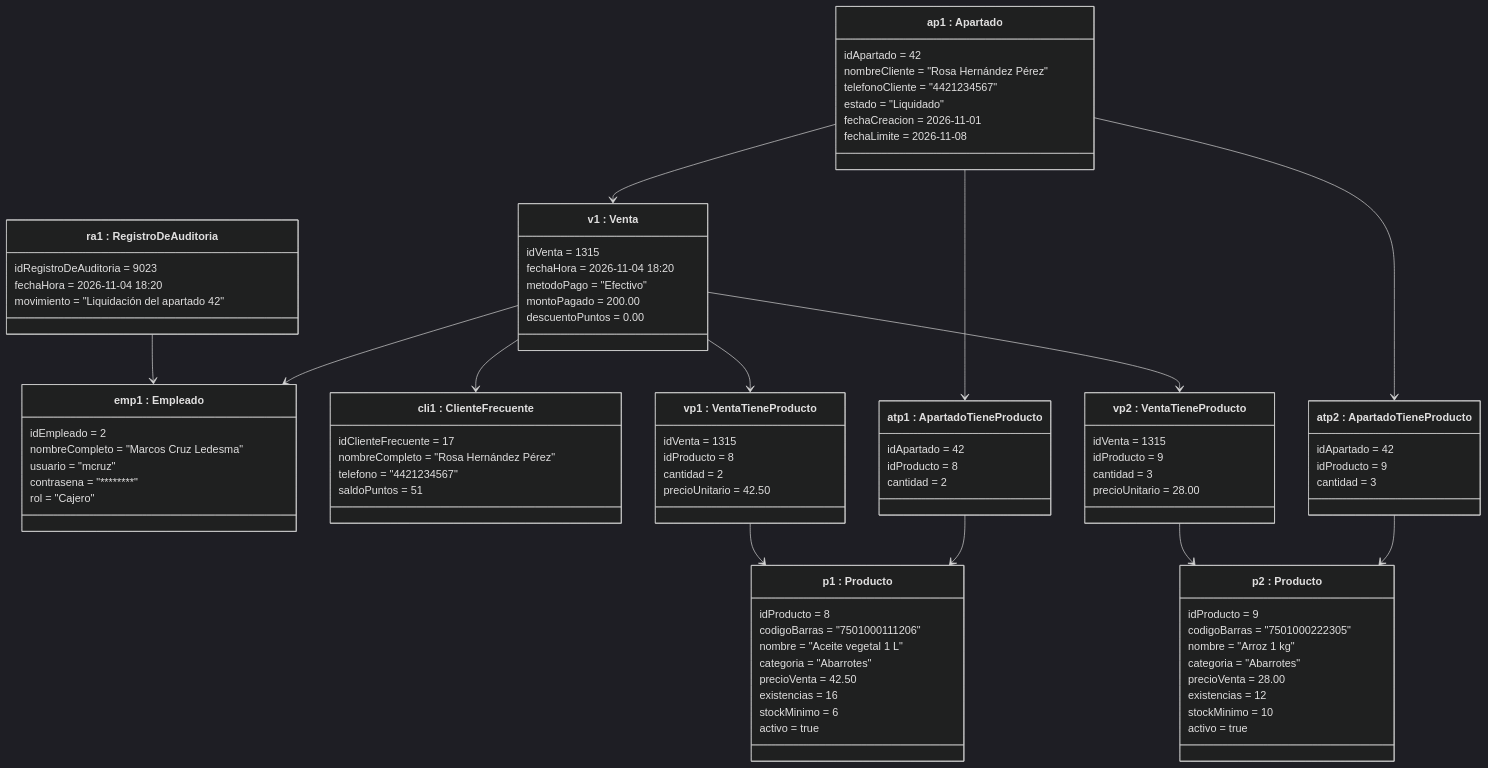
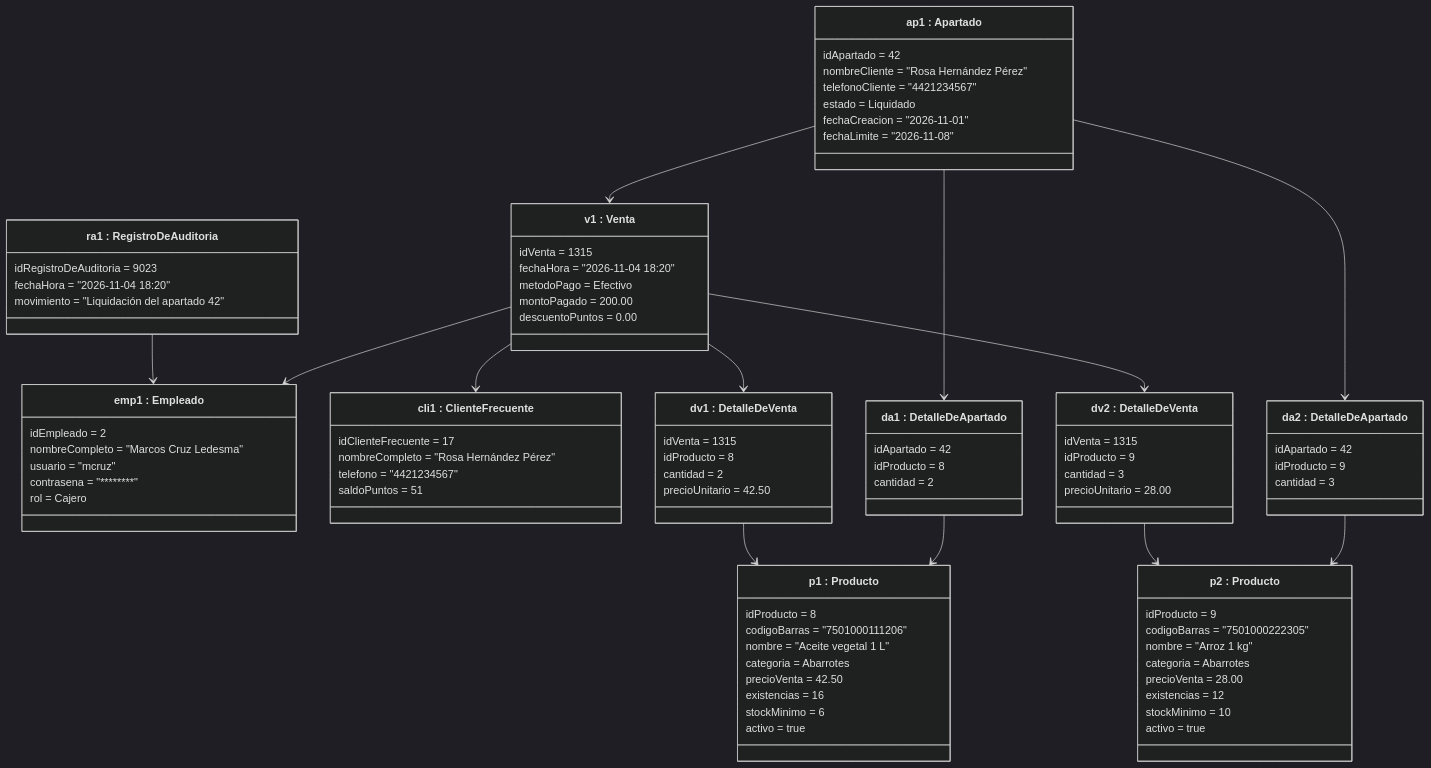
Before and after one commit to Invader395/Ingenieria-de-Software: the fifth of 5 diagrams in docs/arch/Diagramas-de-arquitectura-Minimarket-Control.md, drawn with Mermaid (dark theme). The commit also changed other lines of this file, not shown here.

Commit message:
Refactor class diagrams and update relationships

````diff
--- a/docs/arch/Diagramas-de-arquitectura-Minimarket-Control.md
+++ b/docs/arch/Diagramas-de-arquitectura-Minimarket-Control.md
@@ -231,87 +251,103 @@
         nombreCompleto = "Marcos Cruz Ledesma"
         usuario = "mcruz"
         contrasena = "********"
-        rol = "Cajero"
+        rol = Cajero
     }
+
     class cli1["cli1 : ClienteFrecuente"] {
         idClienteFrecuente = 17
         nombreCompleto = "Rosa Hernández Pérez"
         telefono = "4421234567"
         saldoPuntos = 51
     }
+
     class ap1["ap1 : Apartado"] {
         idApartado = 42
         nombreCliente = "Rosa Hernández Pérez"
         telefonoCliente = "4421234567"
-        estado = "Liquidado"
-        fechaCreacion = 2026-11-01
-        fechaLimite = 2026-11-08
+        estado = Liquidado
+        fechaCreacion = "2026-11-01"
+        fechaLimite = "2026-11-08"
     }
-    class atp1["atp1 : ApartadoTieneProducto"] {
+
+    class da1["da1 : DetalleDeApartado"] {
         idApartado = 42
         idProducto = 8
         cantidad = 2
     }
-    class atp2["atp2 : ApartadoTieneProducto"] {
+
+    class da2["da2 : DetalleDeApartado"] {
         idApartado = 42
         idProducto = 9
         cantidad = 3
     }
+
     class v1["v1 : Venta"] {
         idVenta = 1315
-        fechaHora = 2026-11-04 18:20
-        metodoPago = "Efectivo"
+        fechaHora = "2026-11-04 18:20"
+        metodoPago = Efectivo
         montoPagado = 200.00
         descuentoPuntos = 0.00
     }
-    class vp1["vp1 : VentaTieneProducto"] {
+
+    class dv1["dv1 : DetalleDeVenta"] {
         idVenta = 1315
         idProducto = 8
         cantidad = 2
         precioUnitario = 42.50
     }
-    class vp2["vp2 : VentaTieneProducto"] {
+
+    class dv2["dv2 : DetalleDeVenta"] {
         idVenta = 1315
         idProducto = 9
         cantidad = 3
         precioUnitario = 28.00
     }
+
     class p1["p1 : Producto"] {
         idProducto = 8
         codigoBarras = "7501000111206"
         nombre = "Aceite vegetal 1 L"
-        categoria = "Abarrotes"
+        categoria = Abarrotes
         precioVenta = 42.50
         existencias = 16
         stockMinimo = 6
         activo = true
     }
+
     class p2["p2 : Producto"] {
         idProducto = 9
         codigoBarras = "7501000222305"
         nombre = "Arroz 1 kg"
-        categoria = "Abarrotes"
+        categoria = Abarrotes
         precioVenta = 28.00
         existencias = 12
         stockMinimo = 10
         activo = true
     }
+
     class ra1["ra1 : RegistroDeAuditoria"] {
         idRegistroDeAuditoria = 9023
-        fechaHora = 2026-11-04 18:20
+        fechaHora = "2026-11-04 18:20"
         movimiento = "Liquidación del apartado 42"
     }
 
-    ap1 --> atp1
-    ap1 --> atp2
-    atp1 --> p1
-    atp2 --> p2
+    ap1 --> da1
+    ap1 --> da2
+
+    da1 --> p1
+    da2 --> p2
+
     ap1 --> v1
-    v1 --> vp1
-    v1 --> vp2
-    vp1 --> p1
-    vp2 --> p2
+
+    v1 --> dv1
+    v1 --> dv2
+
+    dv1 --> p1
+    dv2 --> p2
+
     v1 --> emp1
     v1 --> cli1
+
     ra1 --> emp1
 ```
````
